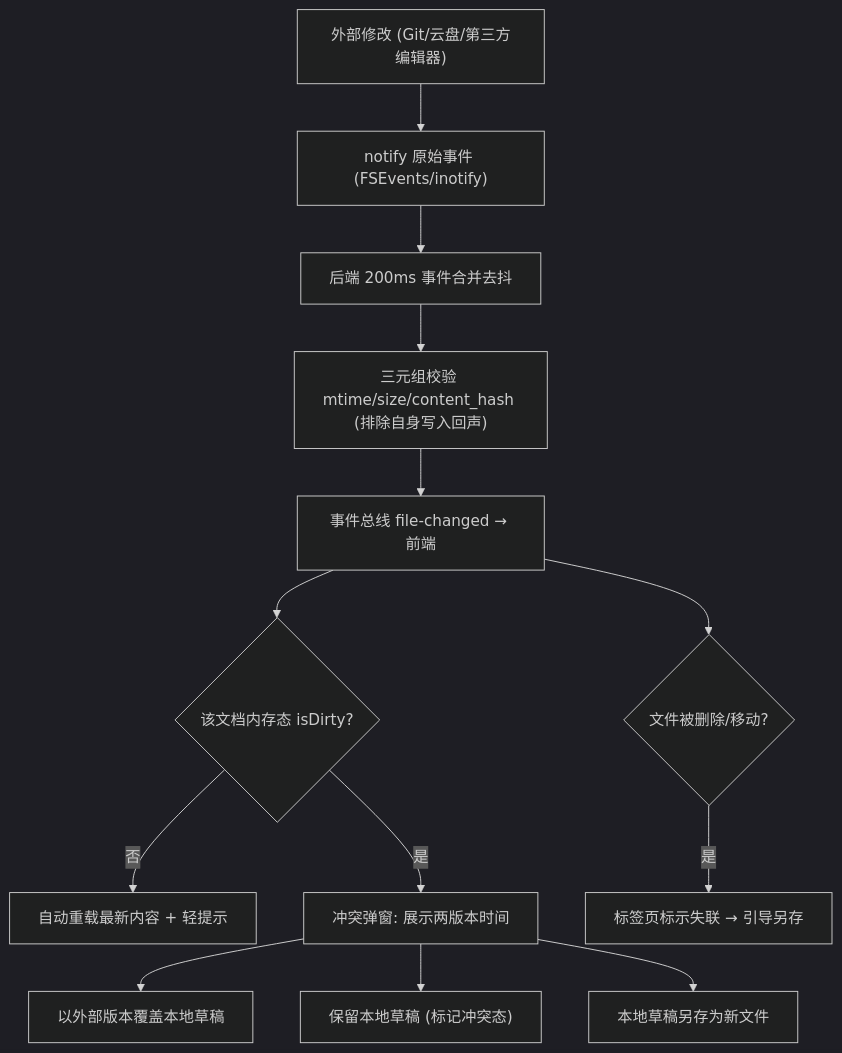
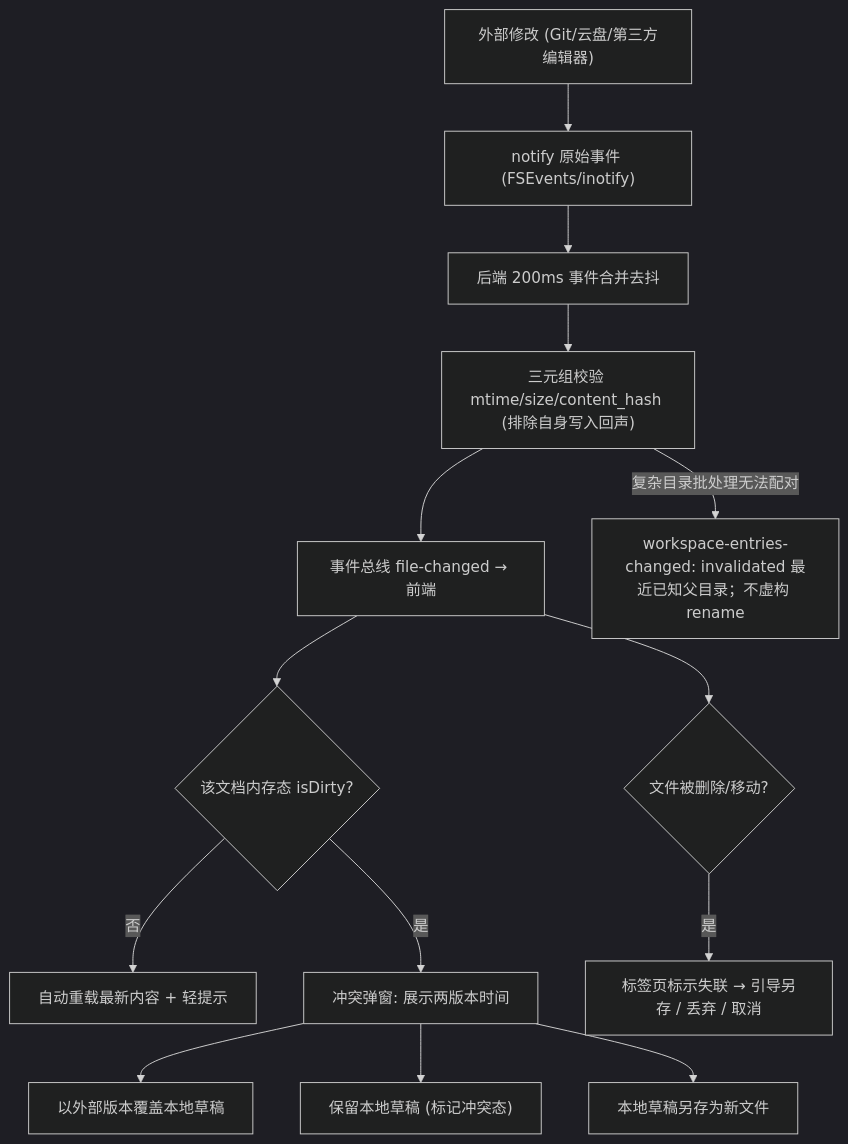
The third of 5 diagrams in docs/architecture.md (ignacioli/excalidraw-desktop), drawn with Mermaid (dark theme) before and after one commit. The commit also changed other lines of this file and 25 other files, not shown here.

````diff
--- a/docs/architecture.md
+++ b/docs/architecture.md
@@ -85,15 +105,16 @@
 ```mermaid
 flowchart TB
     Ext["外部修改 (Git/云盘/第三方编辑器)"] --> Notify["notify 原始事件 (FSEvents/inotify)"]
     Notify --> Debounce["后端 200ms 事件合并去抖"]
     Debounce --> Verify["三元组校验 mtime/size/content_hash (排除自身写入回声)"]
     Verify --> Emit["事件总线 file-changed → 前端"]
     Emit --> Dirty{"该文档内存态 isDirty?"}
     Dirty -->|"否"| Reload["自动重载最新内容 + 轻提示"]
     Dirty -->|"是"| Conflict["冲突弹窗: 展示两版本时间"]
     Conflict --> OptA["以外部版本覆盖本地草稿"]
     Conflict --> OptB["保留本地草稿 (标记冲突态)"]
     Conflict --> OptC["本地草稿另存为新文件"]
     Emit --> Gone{"文件被删除/移动?"}
-    Gone -->|"是"| Orphan["标签页标示失联 → 引导另存"]
+    Gone -->|"是"| Orphan["标签页标示失联 → 引导另存 / 丢弃 / 取消"]
+    Verify -->|"复杂目录批处理无法配对"| Invalidate["workspace-entries-changed: invalidated 最近已知父目录；不虚构 rename"]
 ```
````
